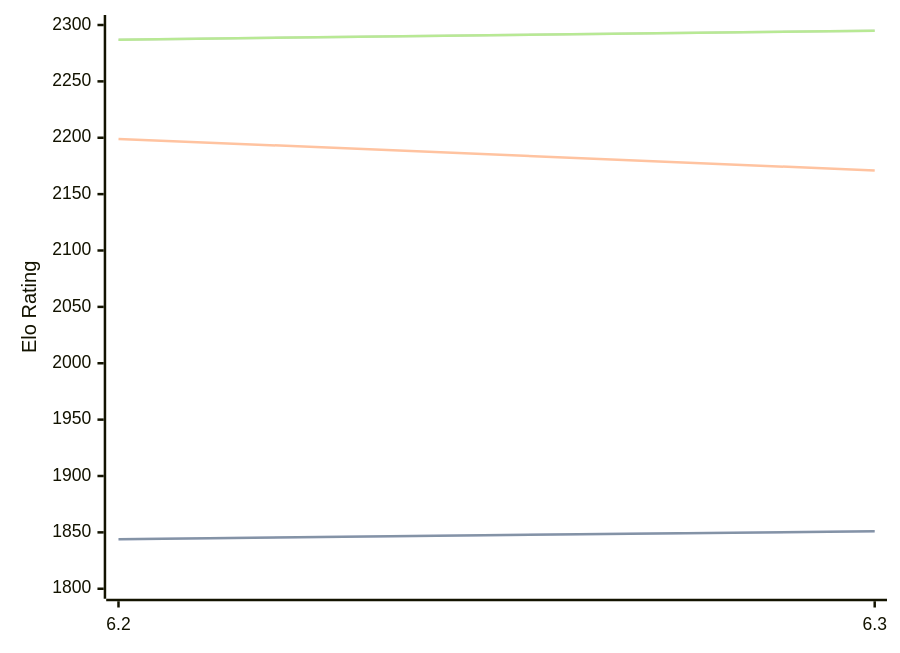
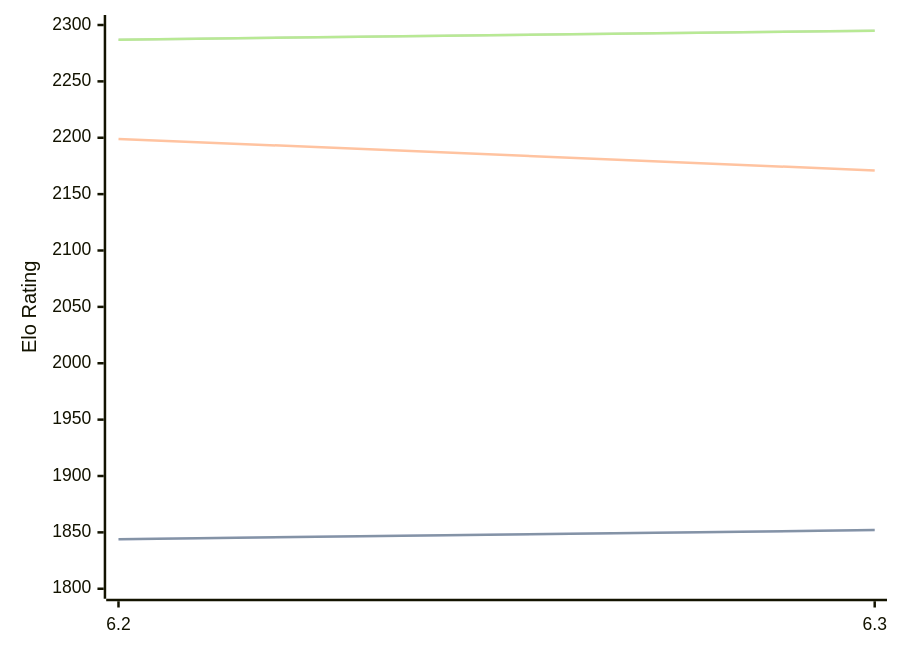
One commit to computer-chess-index/cci changed the diagram in engines/chess4j.md. Above: the diagram before and after it, drawn with Mermaid. The commit also changed other lines of this file, not shown here.

````diff
--- a/engines/chess4j.md
+++ b/engines/chess4j.md
@@ -38,11 +38,11 @@
 ```mermaid
 %%{init: {"theme":"base","themeVariables":{"seriesColors:['#a3a3a3','#222221','#faa371']}}}%%
 xychart-beta
   x-axis ["6.2", "6.3"]
   y-axis "Elo Rating" 1800 --> 2300
-  line "STC (8.0+0.08s)" [1844, 1851]
-  line "STC (8.0+0.08s)" [1844, 1851]
+  line "STC (8.0+0.08s)" [1844, 1852]
+  line "STC (8.0+0.08s)" [1844, 1852]
   line "LTC (60.0+0.60s)" [2199, 2171]
   line "VLTC (2m24s+1.12s)" [2287, 2295]
   line "VLTC (2m24s+1.12s)" [2287, 2295]
 ```
````
